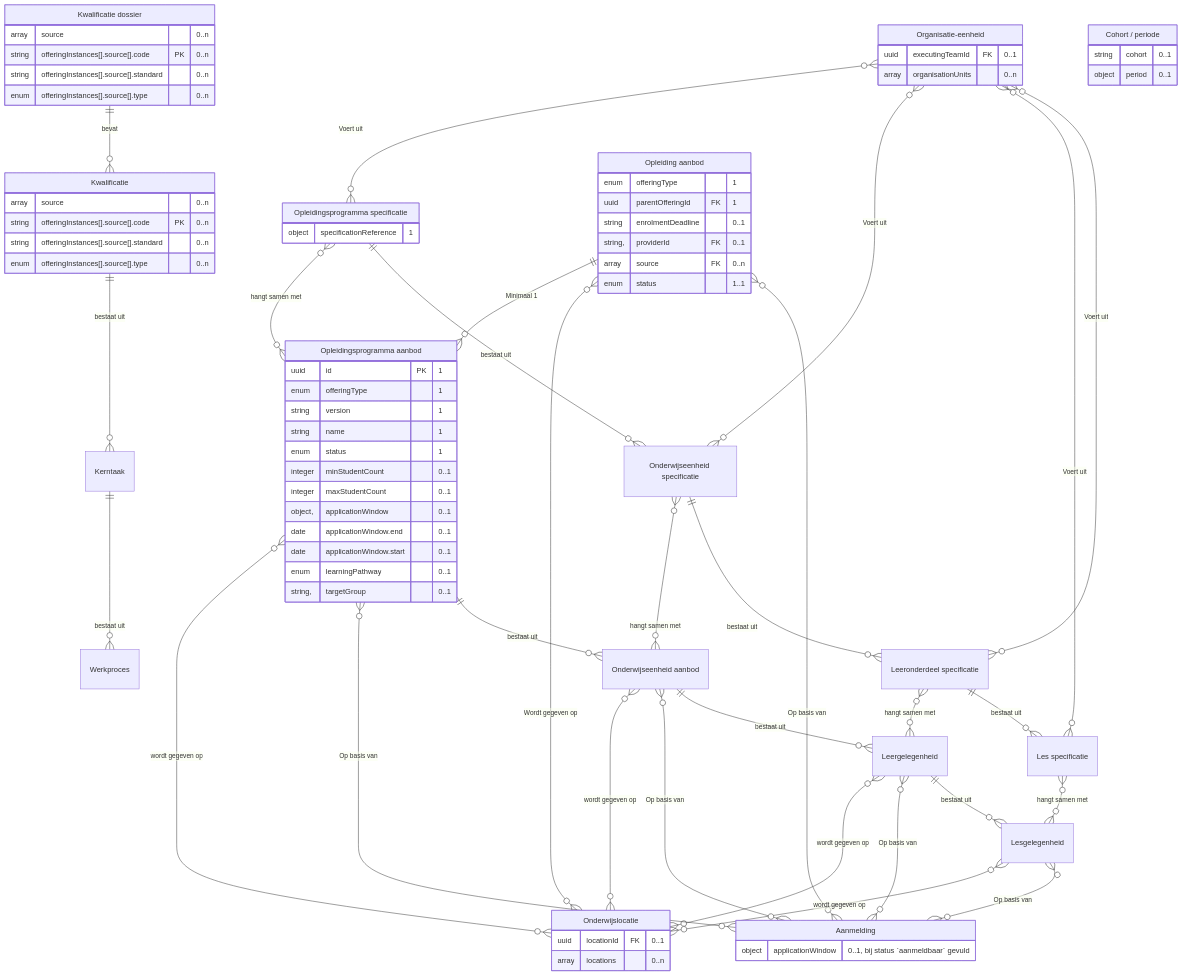
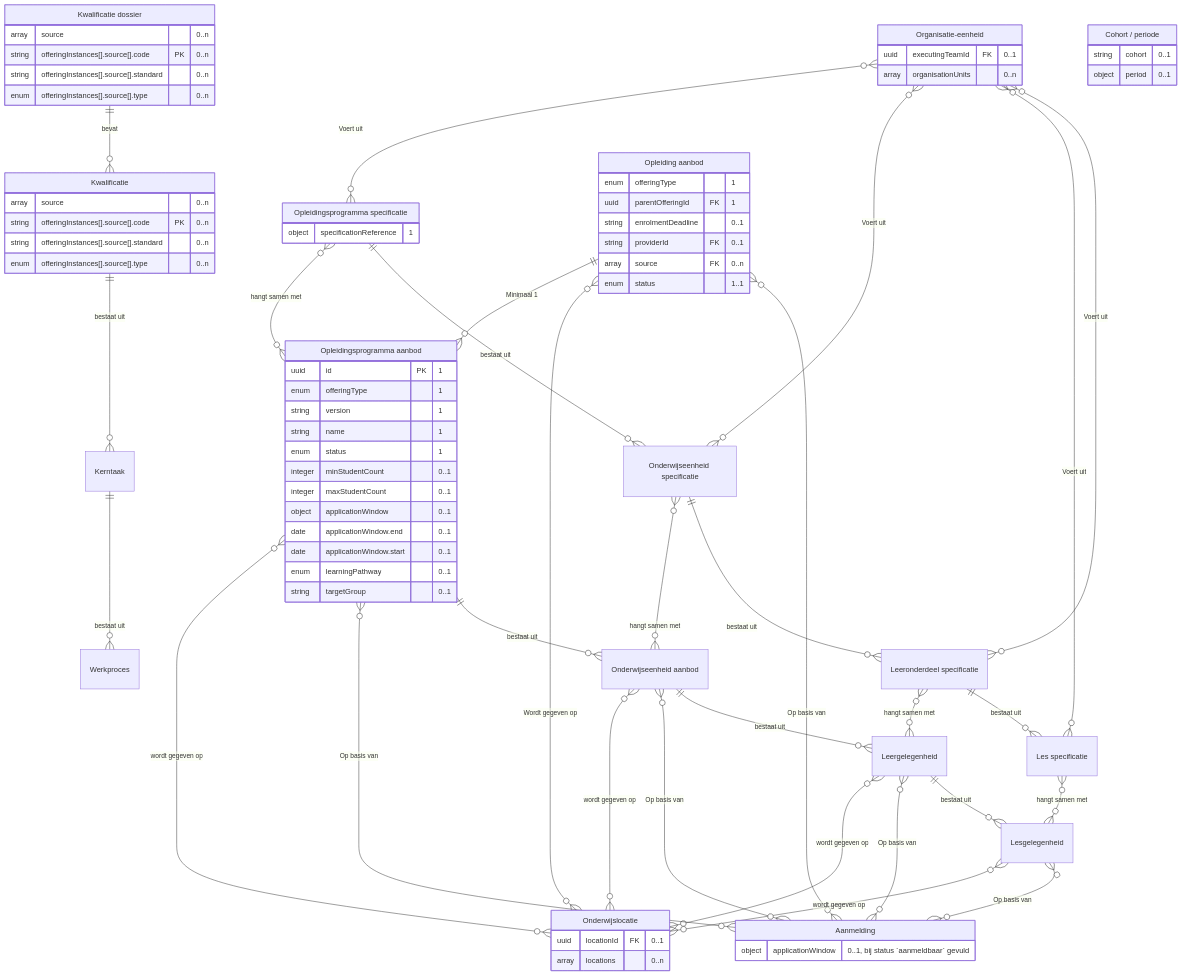
Before and after one commit to Npuls-OKx/meta: the fifth of 7 diagrams in architecture/docs/specificatie/interactie-onderwijsaanbod/is-oa-05.md, drawn with Mermaid. The commit also changed other lines of this file and 40 other files, not shown here.

```diff
--- a/architecture/docs/specificatie/interactie-onderwijsaanbod/is-oa-05.md
+++ b/architecture/docs/specificatie/interactie-onderwijsaanbod/is-oa-05.md
@@ -248,17 +248,17 @@
         enum status "1"
         integer minStudentCount "0..1"
         integer maxStudentCount "0..1"
-        object, applicationWindow "0..1"
+        object applicationWindow "0..1"
         date applicationWindow.end "0..1"
         date applicationWindow.start "0..1"
         enum learningPathway "0..1"
-        string, targetGroup "0..1"
+        string targetGroup "0..1"
     }
     "Opleiding aanbod" {
         enum offeringType "1"
         uuid parentOfferingId FK "1"
         string enrolmentDeadline "0..1"
-        string, providerId FK "0..1"
+        string providerId FK "0..1"
         array source FK "0..n"
         enum status "1..1"
     }
```
